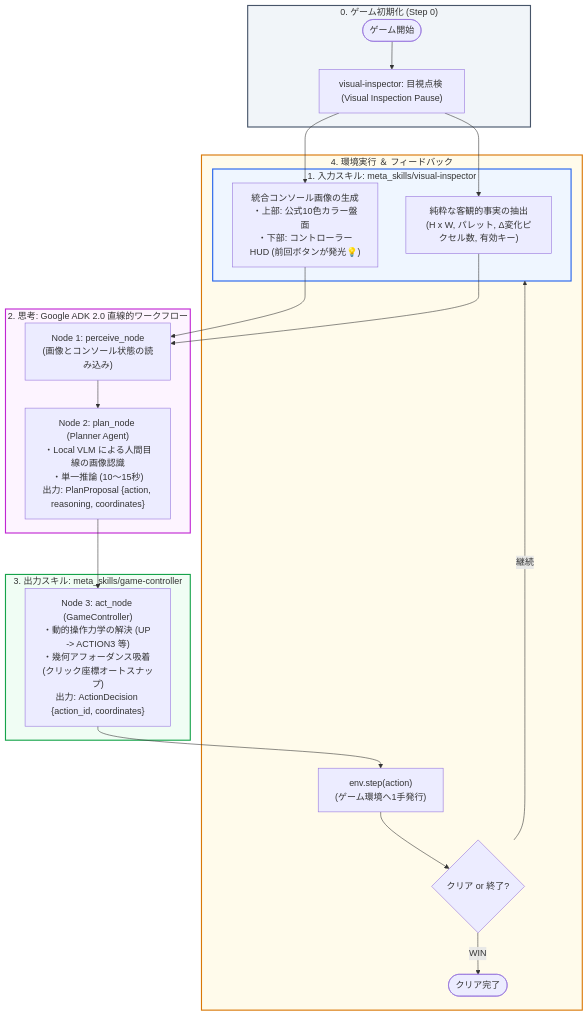
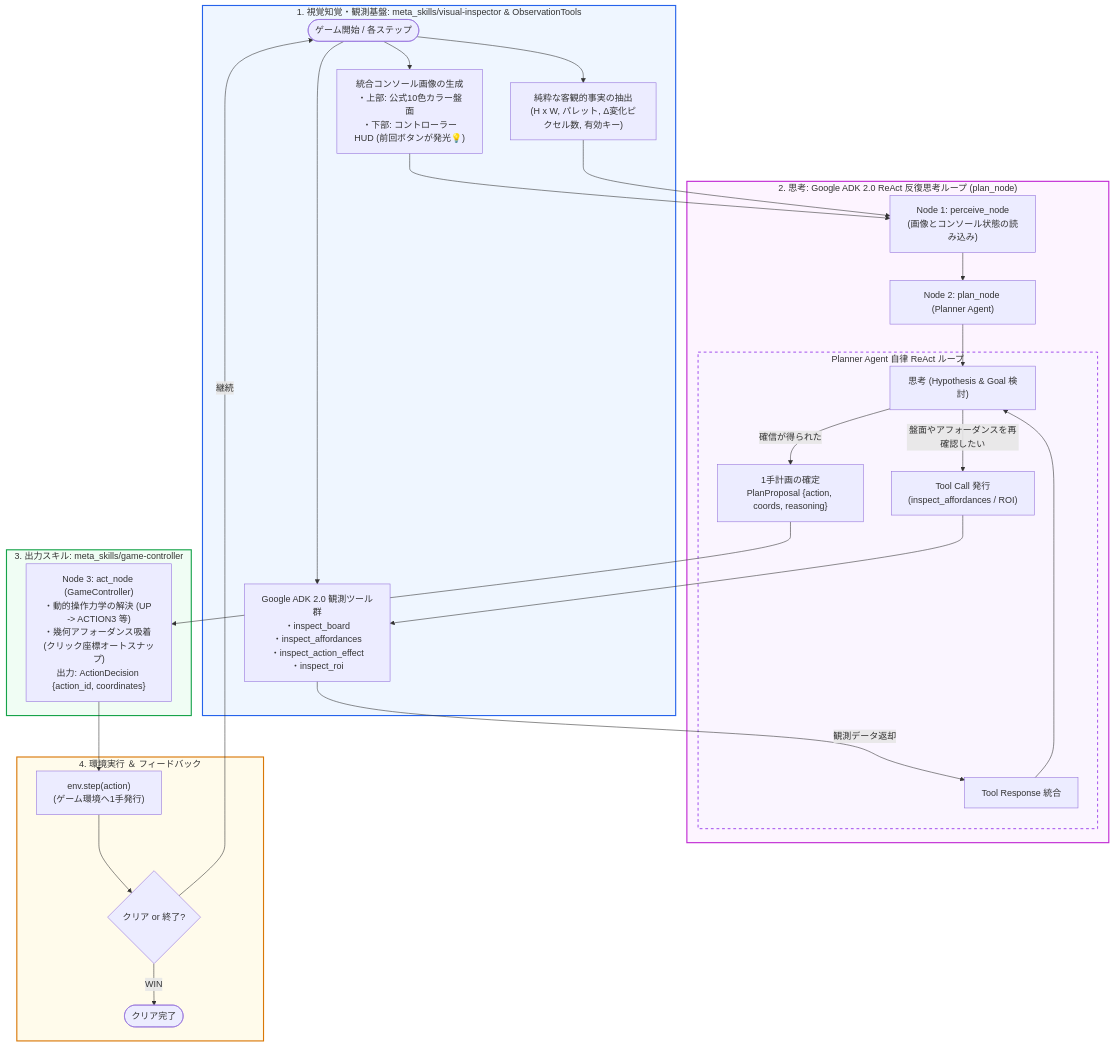
The diagram in docs/CURRENT_WORKFLOW.md (magic-sword/acr-agi3-edd-agent), drawn with Mermaid before and after one commit. The commit also changed other lines of this file and 13 other files, not shown here.

````diff
--- a/docs/CURRENT_WORKFLOW.md
+++ b/docs/CURRENT_WORKFLOW.md
@@ -65,39 +66,47 @@
 ```mermaid
 flowchart TD
-    subgraph S0["0. ゲーム初期化 (Step 0)"]
-        START([ゲーム開始]) --> VIP["visual-inspector: 目視点検 (Visual Inspection Pause)"]
+    subgraph S1["1. 視覚知覚・観測基盤: meta_skills/visual-inspector & ObservationTools"]
+        START([ゲーム開始 / 各ステップ]) --> CONSOLE["統合コンソール画像の生成\n・上部: 公式10色カラー盤面\n・下部: コントローラーHUD (前回ボタンが発光💡)"]
+        START --> FACTS["純粋な客観的事実の抽出\n(H x W, パレット, Δ変化ピクセル数, 有効キー)"]
+        START --> TOOLS["Google ADK 2.0 観測ツール群\n・inspect_board\n・inspect_affordances\n・inspect_action_effect\n・inspect_roi"]
     end
 
-    subgraph S1["1. 入力スキル: meta_skills/visual-inspector"]
-        VIP --> CONSOLE["統合コンソール画像の生成\n・上部: 公式10色カラー盤面\n・下部: コントローラーHUD (前回ボタンが発光💡)"]
-        VIP --> FACTS["純粋な客観的事実の抽出\n(H x W, パレット, Δ変化ピクセル数, 有効キー)"]
-    end
-
-    subgraph S2["2. 思考: Google ADK 2.0 直線的ワークフロー"]
+    subgraph S2["2. 思考: Google ADK 2.0 ReAct 反復思考ループ (plan_node)"]
         CONSOLE & FACTS --> N1["Node 1: perceive_node\n(画像とコンソール状態の読み込み)"]
-        N1 --> N2["Node 2: plan_node (Planner Agent)\n・Local VLM による人間目線の画像認識\n・単一推論 (10〜15秒)\n出力: PlanProposal {action, reasoning, coordinates}"]
+        N1 --> N2["Node 2: plan_node (Planner Agent)"]
+        
+        subgraph REACT["Planner Agent 自律 ReAct ループ"]
+            THOUGHT["思考 (Hypothesis & Goal 検討)"]
+            THOUGHT -- "盤面やアフォーダンスを再確認したい" --> TC["Tool Call 発行\n(inspect_affordances / ROI)"]
+            TC --> TOOLS
+            TOOLS -- "観測データ返却" --> TR["Tool Response 統合"]
+            TR --> THOUGHT
+            THOUGHT -- "確信が得られた" --> DECIDE["1手計画の確定\nPlanProposal {action, coords, reasoning}"]
+        end
+        
+        N2 --> THOUGHT
     end
 
     subgraph S3["3. 出力スキル: meta_skills/game-controller"]
-        N2 --> N3["Node 3: act_node (GameController)\n・動的操作力学の解決 (UP -> ACTION3 等)\n・幾何アフォーダンス吸着 (クリック座標オートスナップ)\n出力: ActionDecision {action_id, coordinates}"]
+        DECIDE --> N3["Node 3: act_node (GameController)\n・動的操作力学の解決 (UP -> ACTION3 等)\n・幾何アフォーダンス吸着 (クリック座標オートスナップ)\n出力: ActionDecision {action_id, coordinates}"]
     end
 
     subgraph S4["4. 環境実行 ＆ フィードバック"]
         N3 --> STEP["env.step(action)\n(ゲーム環境へ1手発行)"]
         STEP --> CHECK{"クリア or 終了?"}
         CHECK -- "WIN" --> FINISH([クリア完了])
-        CHECK -- "継続" --> S1
+        CHECK -- "継続" --> START
     end
 
-    classDef init fill:#f1f5f9,stroke:#475569,stroke-width:2px;
     classDef input fill:#eff6ff,stroke:#2563eb,stroke-width:2px;
     classDef cog fill:#fdf4ff,stroke:#c026d3,stroke-width:2px;
+    classDef react fill:#faf5ff,stroke:#9333ea,stroke-width:1.5px,stroke-dasharray: 5 5;
     classDef act fill:#f0fdf4,stroke:#16a34a,stroke-width:2px;
     classDef env fill:#fffbeb,stroke:#d97706,stroke-width:2px;
 
-    class S0 init;
     class S1 input;
     class S2 cog;
+    class REACT react;
     class S3 act;
     class S4 env;
 ```
````
